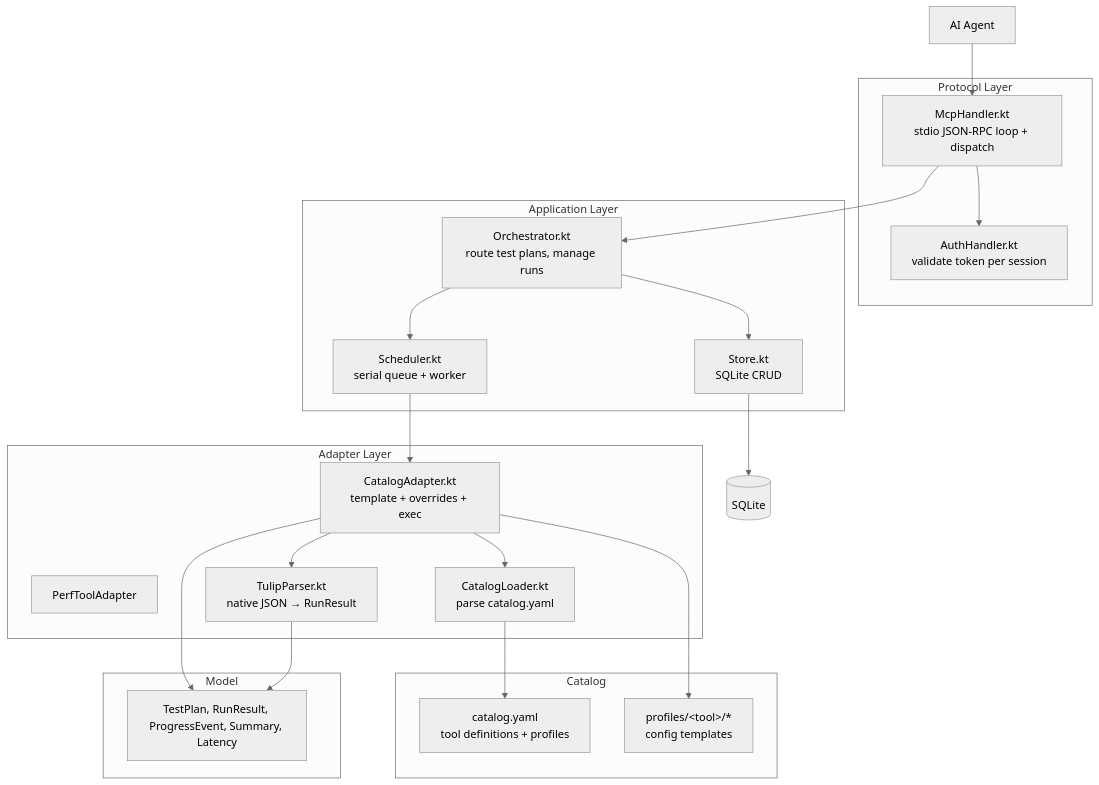
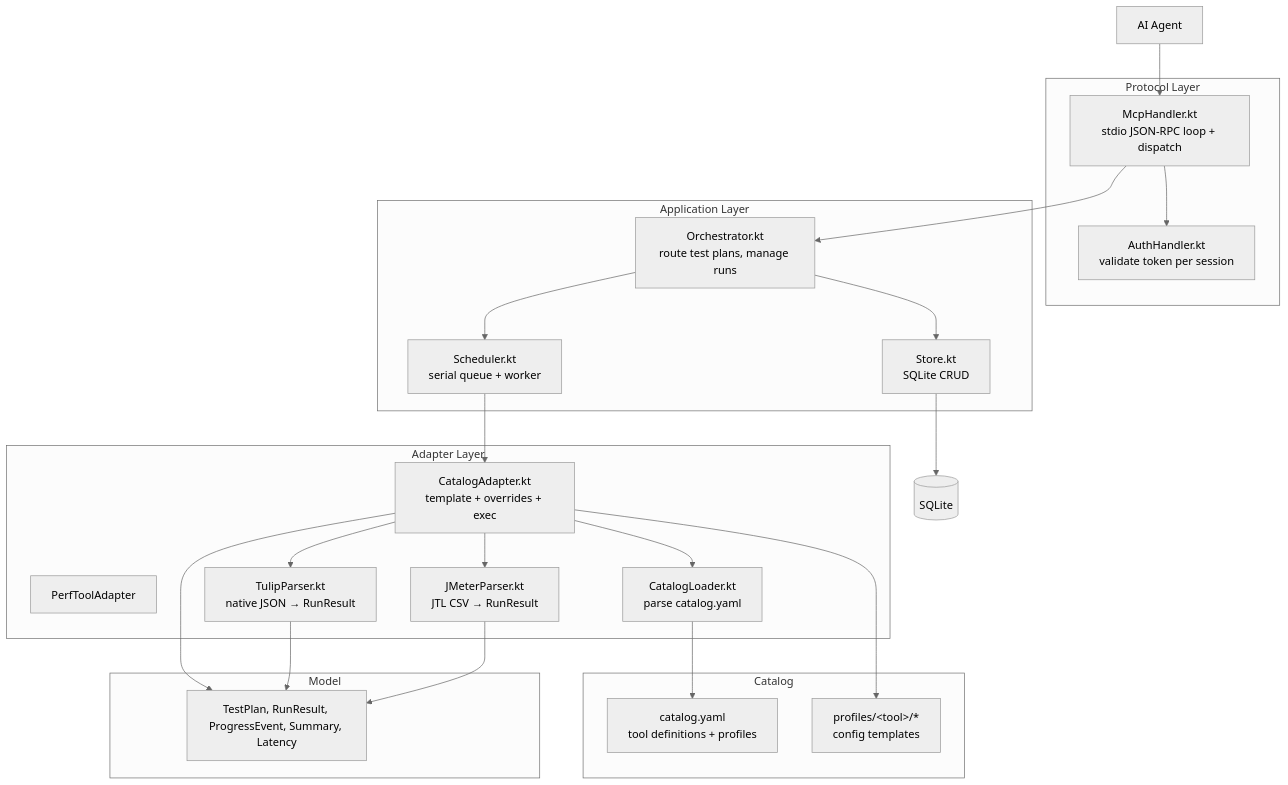
Before and after one commit to bmvanwyk/Boehm: the second of 5 diagrams in docs/architecture.md, drawn with Mermaid (neutral theme). The commit also changed other lines of this file and 2 other files, not shown here.

First line of the commit message:
Update docs: JMeter adapter in README, AGENTS.md, architecture.md

````diff
--- a/docs/architecture.md
+++ b/docs/architecture.md
@@ -59,45 +59,48 @@
 ```mermaid
 graph TB
     subgraph "Protocol Layer"
         McpHandler["McpHandler.kt<br/>stdio JSON-RPC loop + dispatch"]
         AuthHandler["AuthHandler.kt<br/>validate token per session"]
     end
 
     subgraph "Application Layer"
         Orchestrator["Orchestrator.kt<br/>route test plans, manage runs"]
         Scheduler["Scheduler.kt<br/>serial queue + worker"]
         Store["Store.kt<br/>SQLite CRUD"]
     end
 
     subgraph "Adapter Layer"
         AdapterInterface["PerfToolAdapter"]
         CatalogLoader["CatalogLoader.kt<br/>parse catalog.yaml"]
         CatalogAdapter["CatalogAdapter.kt<br/>template + overrides + exec"]
         TulipParser["TulipParser.kt<br/>native JSON → RunResult"]
+    JMeterParser["JMeterParser.kt<br/>JTL CSV → RunResult"]
     end
 
     subgraph "Catalog"
         CatalogYaml["catalog.yaml<br/>tool definitions + profiles"]
         Templates["profiles/&lt;tool&gt;/*<br/>config templates"]
     end
 
     subgraph "Model"
         Models["TestPlan, RunResult, ProgressEvent, Summary, Latency"]
     end
 
     Agent["AI Agent"]
 
     CatalogLoader --> CatalogYaml
     Agent --> McpHandler
     McpHandler --> AuthHandler
     McpHandler --> Orchestrator
     Orchestrator --> Scheduler
     Orchestrator --> Store
     Scheduler --> CatalogAdapter
     CatalogAdapter --> CatalogLoader
     CatalogAdapter --> Templates
     CatalogAdapter --> TulipParser
+    CatalogAdapter --> JMeterParser
     CatalogAdapter --> Models
     TulipParser --> Models
+    JMeterParser --> Models
     Store --> SQLite[(SQLite)]
 ```
````
